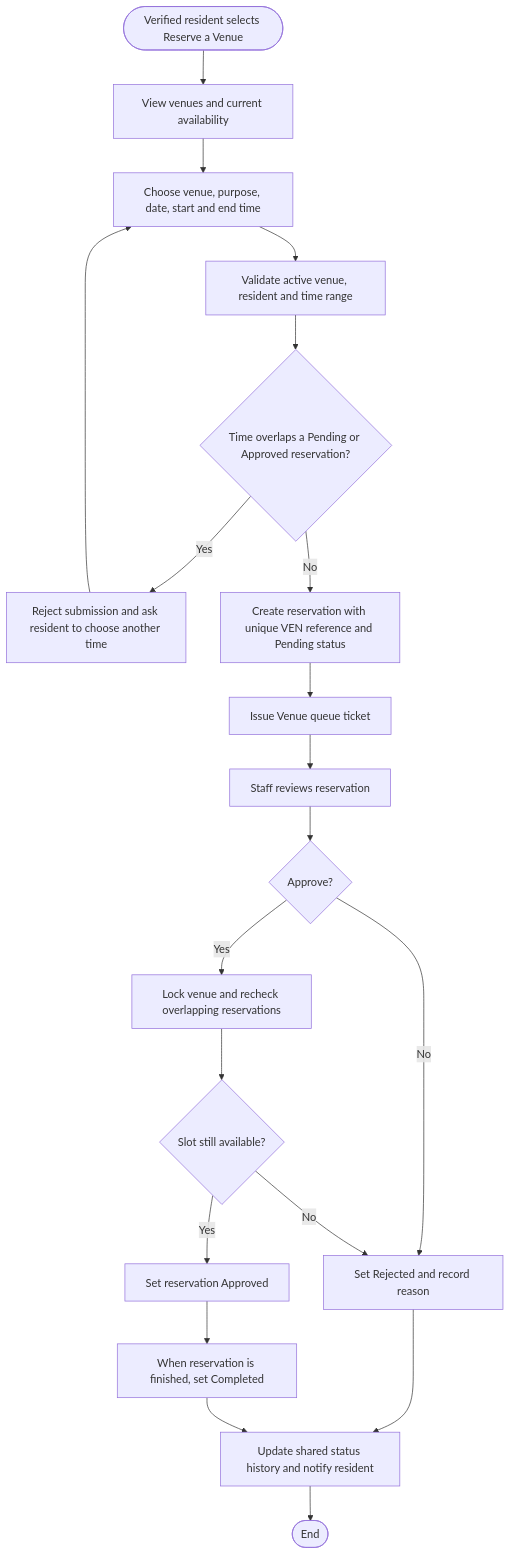
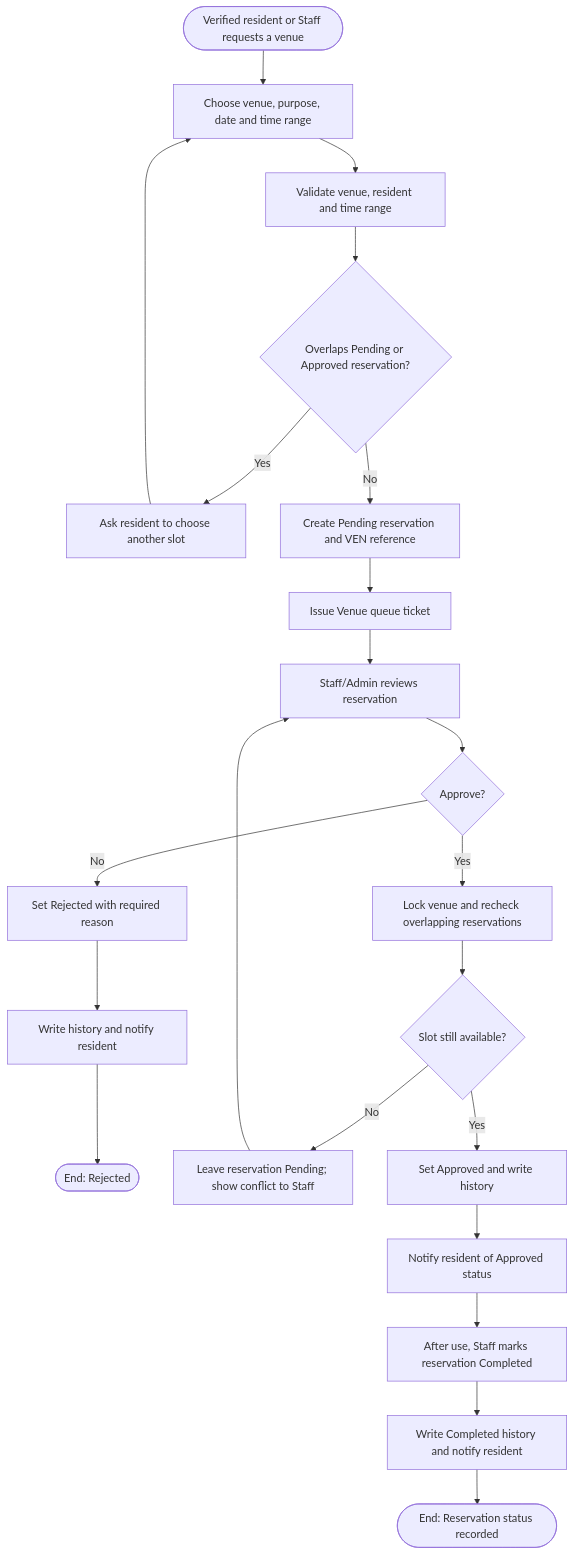
Before and after one commit to sachie34/Birms: the fifth of 6 diagrams in docs/BRMS_BPMN.md, drawn with Mermaid. The commit also changed other lines of this file, not shown here.

````diff
--- a/docs/BRMS_BPMN.md
+++ b/docs/BRMS_BPMN.md
@@ -116,22 +143,24 @@
 ```mermaid
 flowchart TD
-    A([Verified resident selects Reserve a Venue]) --> B[View venues and current availability]
-    B --> C[Choose venue, purpose, date, start and end time]
-    C --> D[Validate active venue, resident and time range]
-    D --> E{Time overlaps a Pending or Approved reservation?}
-    E -- Yes --> F[Reject submission and ask resident to choose another time]
-    F --> C
-    E -- No --> G[Create reservation with unique VEN reference and Pending status]
-    G --> H[Issue Venue queue ticket]
-    H --> I[Staff reviews reservation]
-    I --> J{Approve?}
-    J -- No --> K[Set Rejected and record reason]
-    J -- Yes --> L[Lock venue and recheck overlapping reservations]
-    L --> M{Slot still available?}
-    M -- No --> K
-    M -- Yes --> N[Set reservation Approved]
-    N --> O[When reservation is finished, set Completed]
-    K --> P[Update shared status history and notify resident]
-    O --> P
-    P --> Q([End])
+    A([Verified resident or Staff requests a venue]) --> B[Choose venue, purpose, date and time range]
+    B --> C[Validate venue, resident and time range]
+    C --> D{Overlaps Pending or Approved reservation?}
+    D -- Yes --> E[Ask resident to choose another slot]
+    E --> B
+    D -- No --> F[Create Pending reservation and VEN reference]
+    F --> G[Issue Venue queue ticket]
+    G --> H[Staff/Admin reviews reservation]
+    H --> I{Approve?}
+    I -- No --> J[Set Rejected with required reason]
+    J --> K[Write history and notify resident]
+    K --> L([End: Rejected])
+    I -- Yes --> M[Lock venue and recheck overlapping reservations]
+    M --> N{Slot still available?}
+    N -- No --> O[Leave reservation Pending; show conflict to Staff]
+    O --> H
+    N -- Yes --> P[Set Approved and write history]
+    P --> Q[Notify resident of Approved status]
+    Q --> R[After use, Staff marks reservation Completed]
+    R --> S[Write Completed history and notify resident]
+    S --> T([End: Reservation status recorded])
 ```
````
